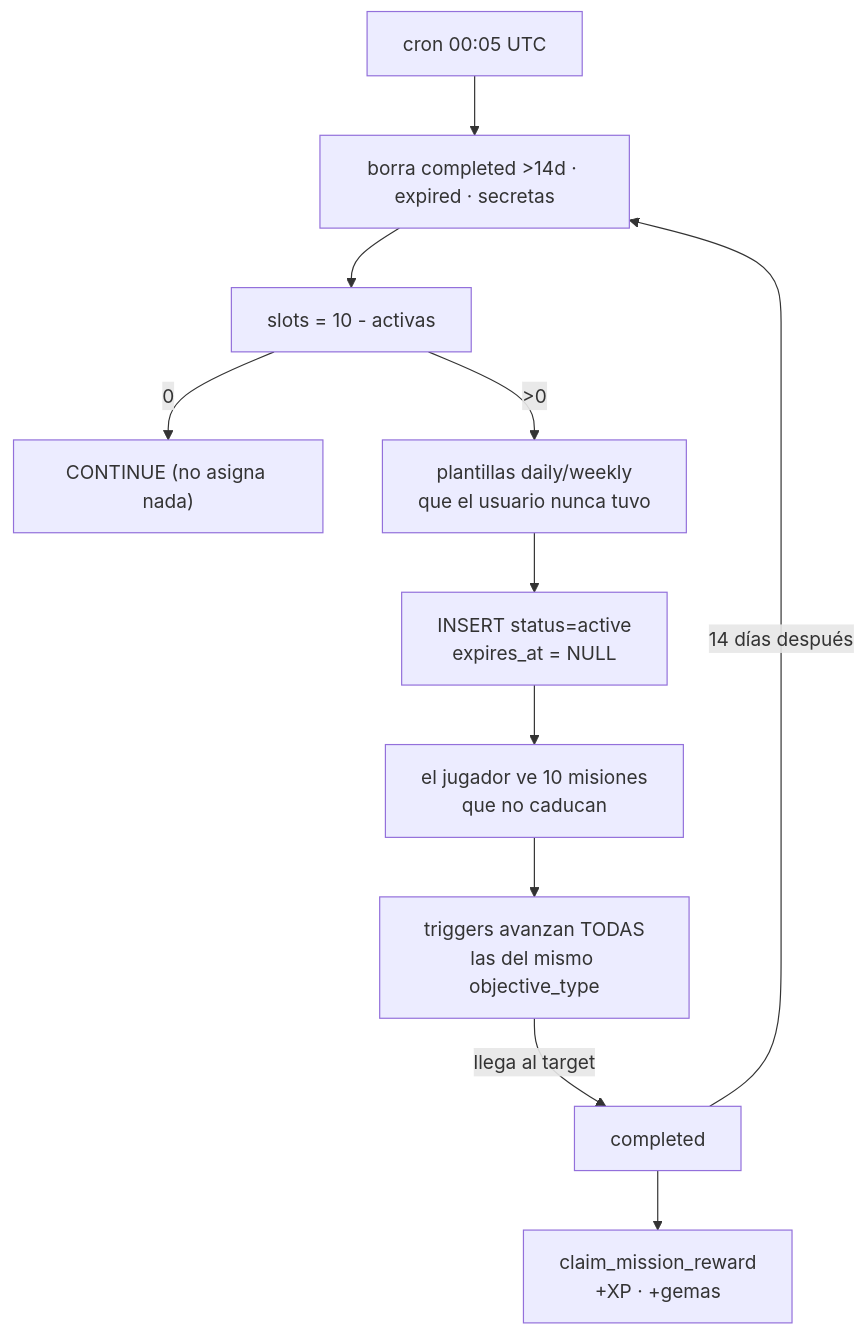
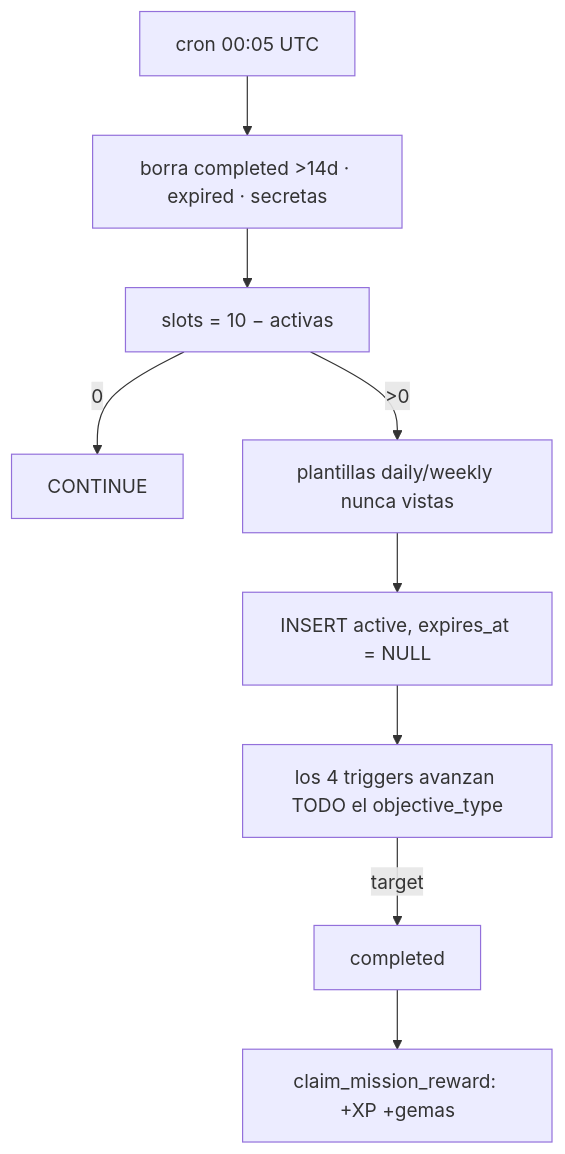
The second of 2 diagrams in docs/product-discovery/07-gameplay-and-game-mechanics.md (hiulett/TutorSaas), drawn with Mermaid before and after one commit. The commit also changed other lines of this file and 17 other files, not shown here.

````diff
--- a/docs/product-discovery/07-gameplay-and-game-mechanics.md
+++ b/docs/product-discovery/07-gameplay-and-game-mechanics.md
@@ -116,13 +220,11 @@
 ```mermaid
 flowchart TD
     C["cron 00:05 UTC"] --> D["borra completed >14d · expired · secretas"]
-    D --> S["slots = 10 - activas"]
-    S -->|"0"| X["CONTINUE (no asigna nada)"]
-    S -->|">0"| T["plantillas daily/weekly<br/>que el usuario nunca tuvo"]
-    T --> I["INSERT status=active<br/>expires_at = NULL"]
-    I --> P["el jugador ve 10 misiones<br/>que no caducan"]
-    P --> A["triggers avanzan TODAS<br/>las del mismo objective_type"]
-    A -->|"llega al target"| K["completed"]
-    K --> R["claim_mission_reward<br/>+XP · +gemas"]
-    K -->|"14 días después"| D
+    D --> S["slots = 10 − activas"]
+    S -->|0| X["CONTINUE"]
+    S -->|">0"| T["plantillas daily/weekly nunca vistas"]
+    T --> I["INSERT active, expires_at = NULL"]
+    I --> A["los 4 triggers avanzan TODO el objective_type"]
+    A -->|target| K["completed"]
+    K --> R["claim_mission_reward: +XP +gemas"]
 ```
````
